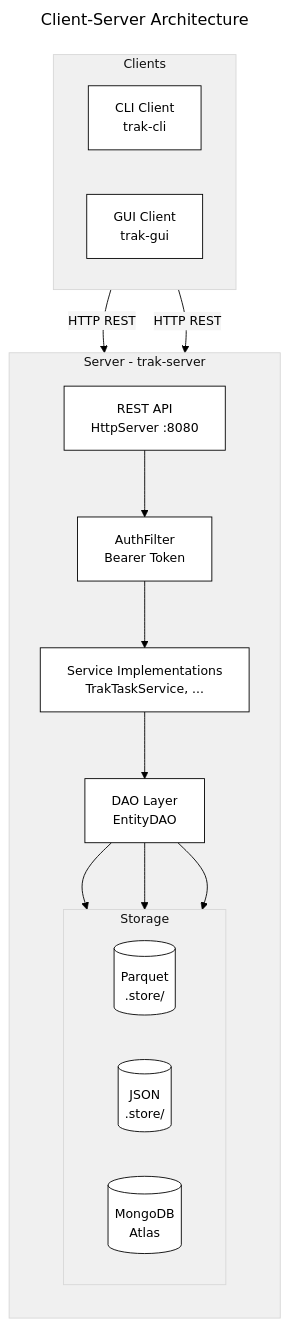
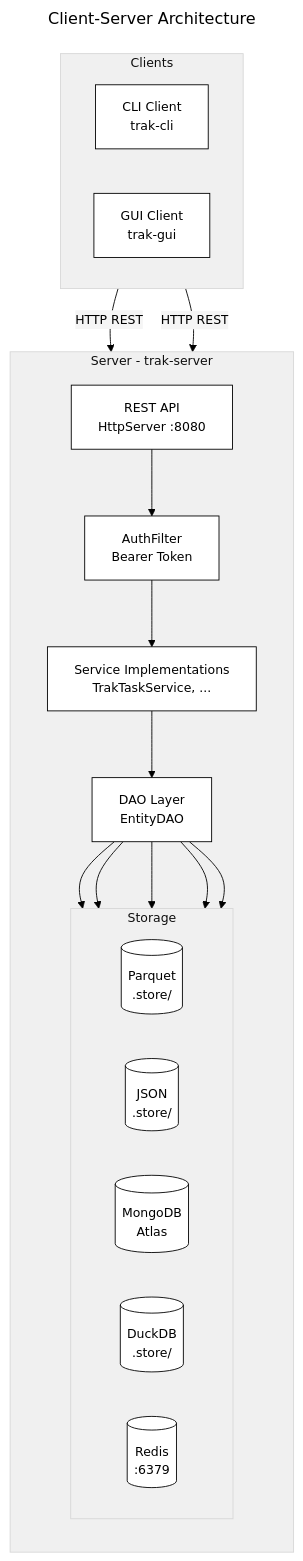
Before and after one commit to magana272/TaskTrac: the first of 11 diagrams in docs/DIAGRAM.md, drawn with Mermaid. The commit also changed other lines of this file and 3 other files, not shown here.

First line of the commit message:
Update docs for DuckDB, Redis, timer, sprint lifecycle, settings, undecorated frame

````diff
--- a/docs/DIAGRAM.md
+++ b/docs/DIAGRAM.md
@@ -5,43 +5,47 @@
 ```mermaid
 ---
 config:
   theme: base
   themeVariables:
     primaryColor: '#ffffff'
     primaryTextColor: '#000000'
     primaryBorderColor: '#000000'
     lineColor: '#000000'
     secondaryColor: '#f5f5f5'
     tertiaryColor: '#f0f0f0'
     fontFamily: 'Georgia, Times New Roman, serif'
     fontSize: '14px'
 title: Client-Server Architecture
 ---
 flowchart TB
     subgraph Clients
         direction LR
         CLI[CLI Client<br>trak-cli]
         GUI[GUI Client<br>trak-gui]
     end
 
     subgraph Server[Server - trak-server]
         direction TB
         REST[REST API<br>HttpServer :8080]
         AUTH[AuthFilter<br>Bearer Token]
         SVC[Service Implementations<br>TrakTaskService, ...]
         DAO[DAO Layer<br>EntityDAO]
         subgraph Storage
             direction LR
             PARQUET[(Parquet<br>.store/)]
             JSONDB[(JSON<br>.store/)]
             MONGODB[(MongoDB<br>Atlas)]
+            DUCKDB[(DuckDB<br>.store/)]
+            REDIS[(Redis<br>:6379)]
         end
         REST --> AUTH --> SVC --> DAO
         DAO --> PARQUET
         DAO --> JSONDB
         DAO --> MONGODB
+        DAO --> DUCKDB
+        DAO --> REDIS
     end
 
     CLI -->|"HTTP REST"| REST
     GUI -->|"HTTP REST"| REST
 ```
````
